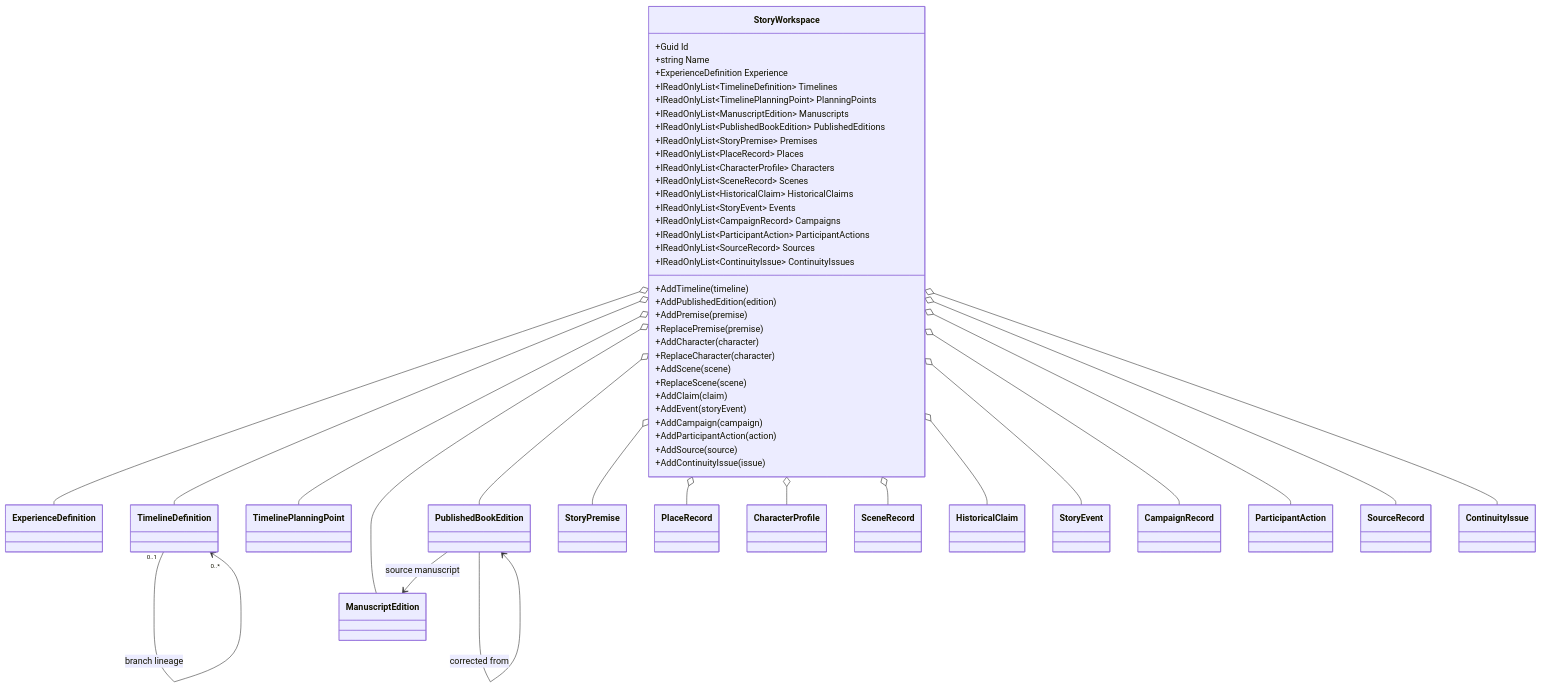
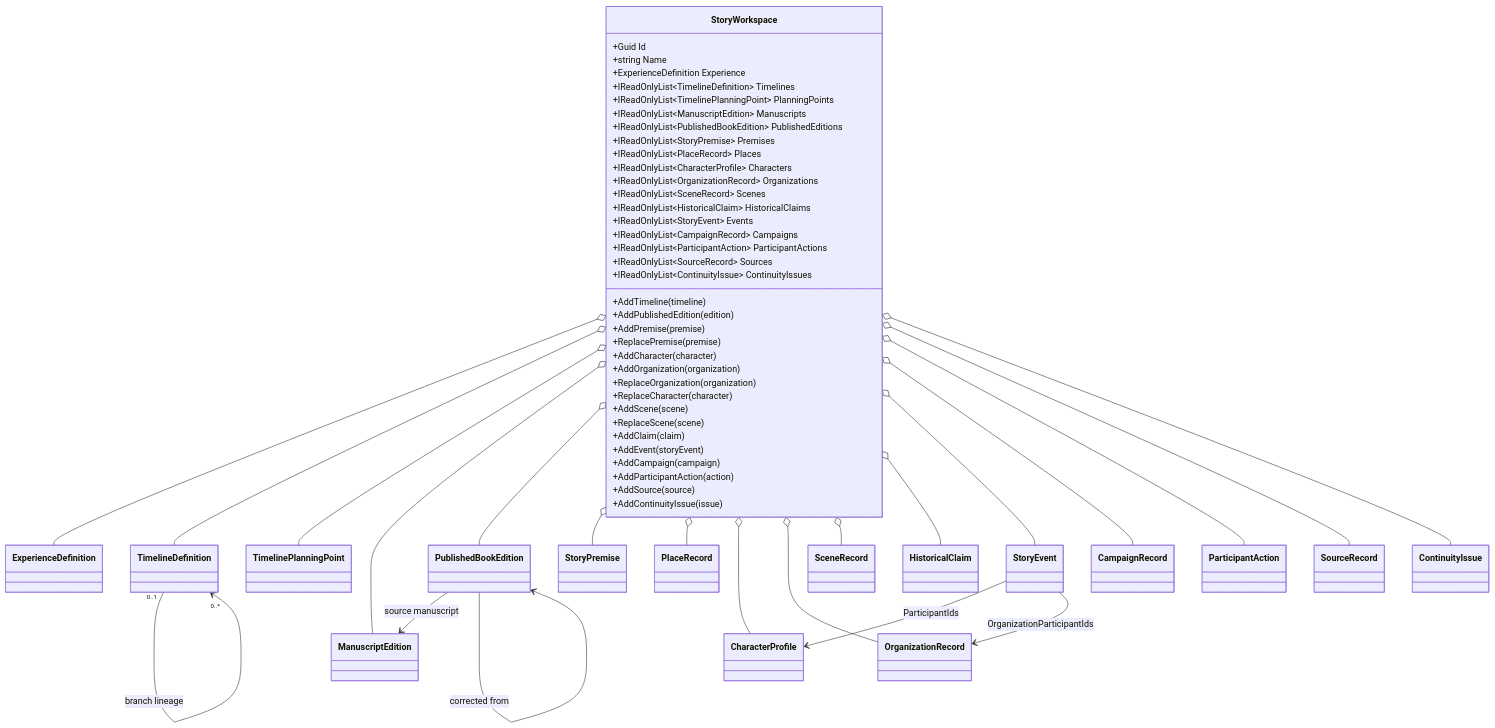
One commit to TrentBest/StoryBuilder changed the diagram in docs/UML/StoryWorkspaceUML.md. Above: the diagram before and after it, drawn with Mermaid.

Commit message:
Update workspace UML for organization records

````diff
--- a/docs/UML/StoryWorkspaceUML.md
+++ b/docs/UML/StoryWorkspaceUML.md
@@ -5,54 +5,60 @@
 ```mermaid
 classDiagram
 class StoryWorkspace {
   +Guid Id
   +string Name
   +ExperienceDefinition Experience
   +IReadOnlyList~TimelineDefinition~ Timelines
   +IReadOnlyList~TimelinePlanningPoint~ PlanningPoints
   +IReadOnlyList~ManuscriptEdition~ Manuscripts
   +IReadOnlyList~PublishedBookEdition~ PublishedEditions
   +IReadOnlyList~StoryPremise~ Premises
   +IReadOnlyList~PlaceRecord~ Places
   +IReadOnlyList~CharacterProfile~ Characters
+  +IReadOnlyList~OrganizationRecord~ Organizations
   +IReadOnlyList~SceneRecord~ Scenes
   +IReadOnlyList~HistoricalClaim~ HistoricalClaims
   +IReadOnlyList~StoryEvent~ Events
   +IReadOnlyList~CampaignRecord~ Campaigns
   +IReadOnlyList~ParticipantAction~ ParticipantActions
   +IReadOnlyList~SourceRecord~ Sources
   +IReadOnlyList~ContinuityIssue~ ContinuityIssues
   +AddTimeline(timeline)
   +AddPublishedEdition(edition)
   +AddPremise(premise)
   +ReplacePremise(premise)
   +AddCharacter(character)
+  +AddOrganization(organization)
+  +ReplaceOrganization(organization)
   +ReplaceCharacter(character)
   +AddScene(scene)
   +ReplaceScene(scene)
   +AddClaim(claim)
   +AddEvent(storyEvent)
   +AddCampaign(campaign)
   +AddParticipantAction(action)
   +AddSource(source)
   +AddContinuityIssue(issue)
 }
 StoryWorkspace o-- ExperienceDefinition
 StoryWorkspace o-- TimelineDefinition
 StoryWorkspace o-- TimelinePlanningPoint
 StoryWorkspace o-- ManuscriptEdition
 StoryWorkspace o-- PublishedBookEdition
 StoryWorkspace o-- StoryPremise
 StoryWorkspace o-- PlaceRecord
 PublishedBookEdition --> ManuscriptEdition : source manuscript
 PublishedBookEdition --> PublishedBookEdition : corrected from
 StoryWorkspace o-- CharacterProfile
+StoryWorkspace o-- OrganizationRecord
 StoryWorkspace o-- SceneRecord
 StoryWorkspace o-- HistoricalClaim
 StoryWorkspace o-- StoryEvent
+StoryEvent --> CharacterProfile : ParticipantIds
+StoryEvent --> OrganizationRecord : OrganizationParticipantIds
 StoryWorkspace o-- CampaignRecord
 StoryWorkspace o-- ParticipantAction
 StoryWorkspace o-- SourceRecord
 StoryWorkspace o-- ContinuityIssue
 TimelineDefinition "0..1" --> "0..*" TimelineDefinition : branch lineage
 ```
````
